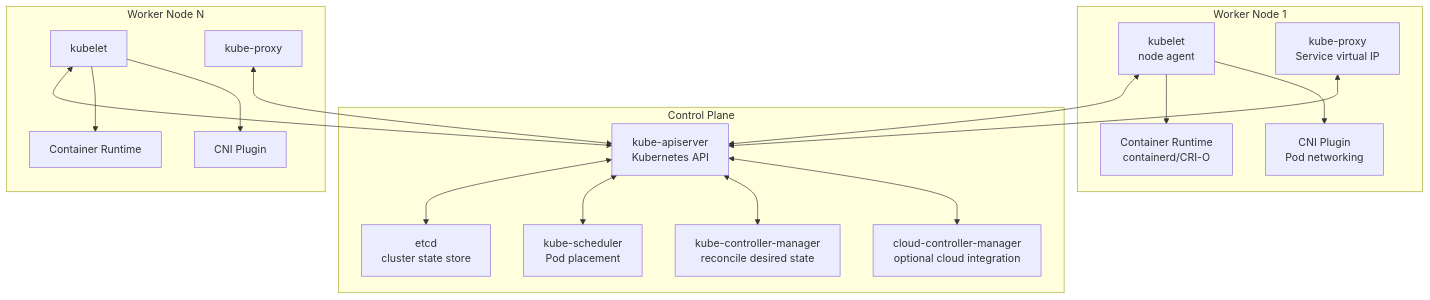
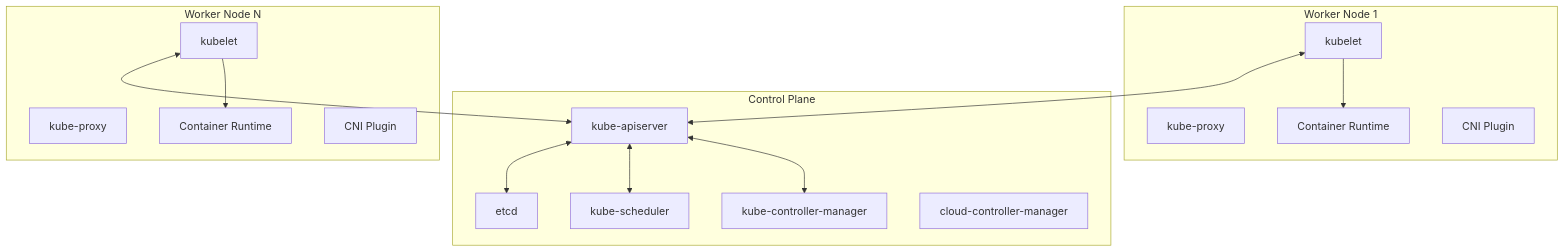
The first of 5 diagrams in DevOps/Docker K8s/Section 01 Getting Started/012. Kubernetes Architecture Deep Dive.md (rgb-vgx/Open-Knowledge), drawn with Mermaid before and after one commit. The commit also changed other lines of this file and 7 other files, not shown here.

````diff
--- a/DevOps/Docker K8s/Section 01 Getting Started/012. Kubernetes Architecture Deep Dive.md
+++ b/DevOps/Docker K8s/Section 01 Getting Started/012. Kubernetes Architecture Deep Dive.md
@@ -13,37 +11,29 @@
 ```mermaid
 graph TB
     subgraph "Control Plane"
-        API[kube-apiserver<br/>Kubernetes API]
-        ETCD[etcd<br/>cluster state store]
-        SCHED[kube-scheduler<br/>Pod placement]
-        CM[kube-controller-manager<br/>reconcile desired state]
-        CCM[cloud-controller-manager<br/>optional cloud integration]
+        API[kube-apiserver]
+        ETCD[etcd]
+        SCHED[kube-scheduler]
+        CM[kube-controller-manager]
+        CCM[cloud-controller-manager]
     end
-
     subgraph "Worker Node 1"
-        K1[kubelet<br/>node agent]
-        P1[kube-proxy<br/>Service virtual IP]
-        R1[Container Runtime<br/>containerd/CRI-O]
-        CNI1[CNI Plugin<br/>Pod networking]
+        K1[kubelet]
+        P1[kube-proxy]
+        R1[Container Runtime]
+        CNI1[CNI Plugin]
     end
-
     subgraph "Worker Node N"
         KN[kubelet]
         PN[kube-proxy]
         RN[Container Runtime]
         CNIN[CNI Plugin]
     end
-
     API <--> ETCD
     API <--> SCHED
     API <--> CM
-    API <--> CCM
     K1 <--> API
     KN <--> API
     K1 --> R1
-    K1 --> CNI1
     KN --> RN
-    KN --> CNIN
-    P1 <--> API
-    PN <--> API
 ```
````
